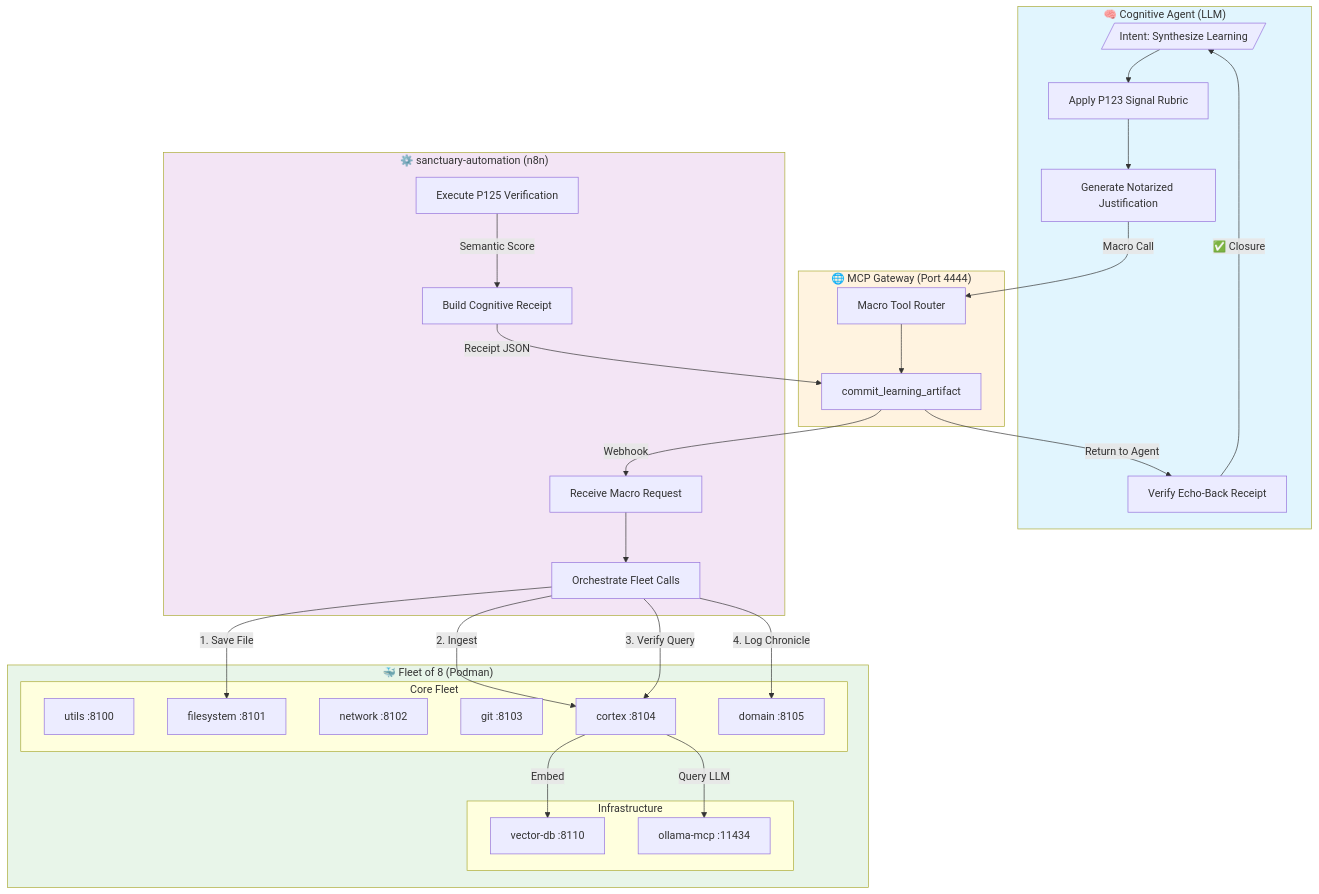
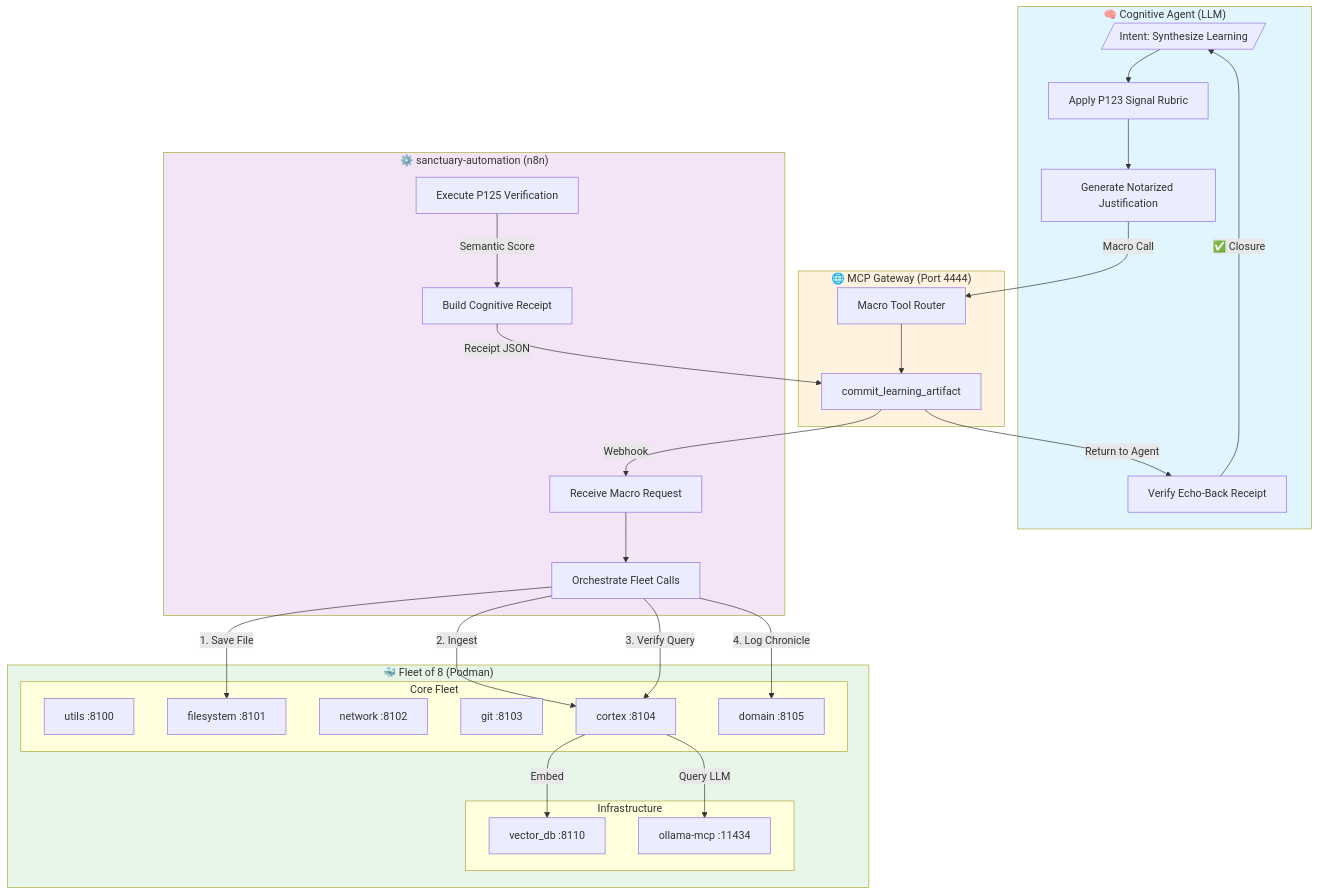
The diagram in 01_PROTOCOLS/127_The_Doctrine_of_Mechanical_Delegation.md (richfrem/Project_Sanctuary), drawn with Mermaid before and after one commit. The commit also changed 86 other files, not shown here.

````diff
--- a/01_PROTOCOLS/127_The_Doctrine_of_Mechanical_Delegation.md
+++ b/01_PROTOCOLS/127_The_Doctrine_of_Mechanical_Delegation.md
@@ -37,61 +37,61 @@
 ```mermaid
 flowchart TB
     subgraph Agent["🧠 Cognitive Agent (LLM)"]
         A1[/"Intent: Synthesize Learning"/]
         A2["Apply P123 Signal Rubric"]
         A3["Generate Notarized Justification"]
         A4["Verify Echo-Back Receipt"]
     end
 
     subgraph Gateway["🌐 MCP Gateway (Port 4444)"]
         G1["Macro Tool Router"]
         G2["commit_learning_artifact"]
     end
 
     subgraph n8n["⚙️ sanctuary-automation (n8n)"]
         N1["Receive Macro Request"]
         N2["Orchestrate Fleet Calls"]
         N3["Execute P125 Verification"]
         N4["Build Cognitive Receipt"]
     end
 
     subgraph Fleet["🐳 Fleet of 8 (Podman)"]
         subgraph Infra["Infrastructure"]
-            F0["vector-db :8110"]
+            F0["vector_db :8110"]
             F1["ollama-mcp :11434"]
         end
         subgraph Core["Core Fleet"]
             F2["utils :8100"]
             F3["filesystem :8101"]
             F4["network :8102"]
             F5["git :8103"]
             F6["cortex :8104"]
             F7["domain :8105"]
         end
     end
 
     %% Flow
     A1 --> A2
     A2 --> A3
     A3 -->|"Macro Call"| G1
     G1 --> G2
     G2 -->|"Webhook"| N1
     N1 --> N2
     
     N2 -->|"1. Save File"| F3
     N2 -->|"2. Ingest"| F6
     F6 -->|"Embed"| F0
     F6 -->|"Query LLM"| F1
     N2 -->|"3. Verify Query"| F6
     N2 -->|"4. Log Chronicle"| F7
     
     N3 -->|"Semantic Score"| N4
     N4 -->|"Receipt JSON"| G2
     G2 -->|"Return to Agent"| A4
     A4 -->|"✅ Closure"| A1
 
     style Agent fill:#e1f5fe
     style Gateway fill:#fff3e0
     style n8n fill:#f3e5f5
     style Fleet fill:#e8f5e9
 ```
````
